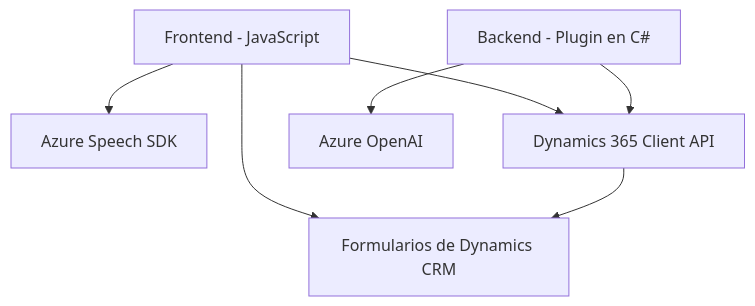
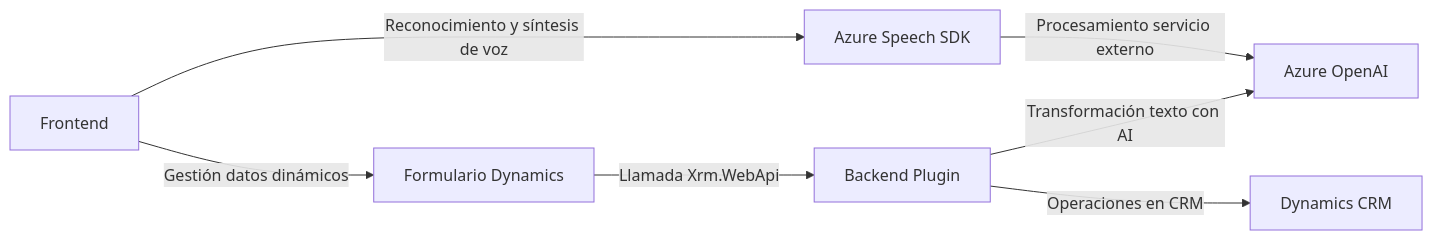
The diagram in README.md (blopezdm/NETCORE_BILBAO2025), drawn with Mermaid before and after one commit. The commit also changed other lines of this file, not shown here.

Commit message:
Actualizar análisis global de la solución con IA

````diff
--- a/README.md
+++ b/README.md
@@ -48,16 +47,16 @@
 ```mermaid
-graph TD
-    A["Frontend - JavaScript"]
+graph LR
+    A["Frontend"]
     B["Azure Speech SDK"]
-    C["Dynamics 365 Client API"]
-    D["Backend - Plugin en C#"]
+    C["Formulario Dynamics"]
+    D["Backend Plugin"]
     E["Azure OpenAI"]
-    F["Formularios de Dynamics CRM"]
+    F["Dynamics CRM"]
 
-    A --> B
-    A --> C
-    A --> F
-    C --> F
-    D --> C
-    D --> E
+    A -- "Reconocimiento y síntesis de voz" --> B
+    A -- "Gestión datos dinámicos" --> C
+    C -- "Llamada Xrm.WebApi" --> D
+    D -- "Transformación texto con AI" --> E
+    D -- "Operaciones en CRM" --> F
+    B -- "Procesamiento servicio externo" --> E
 ```
````
